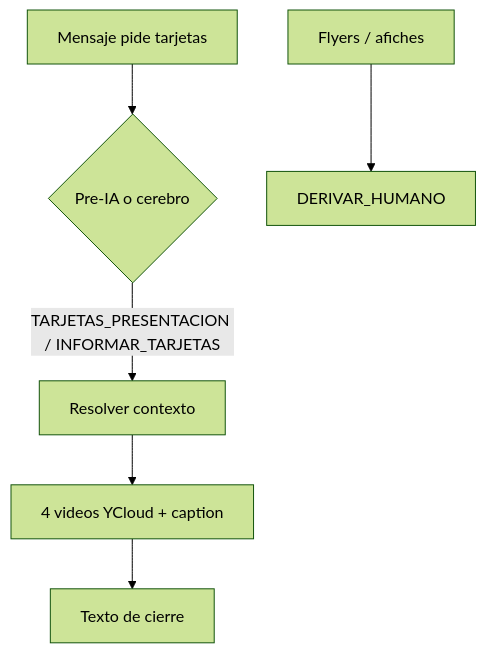
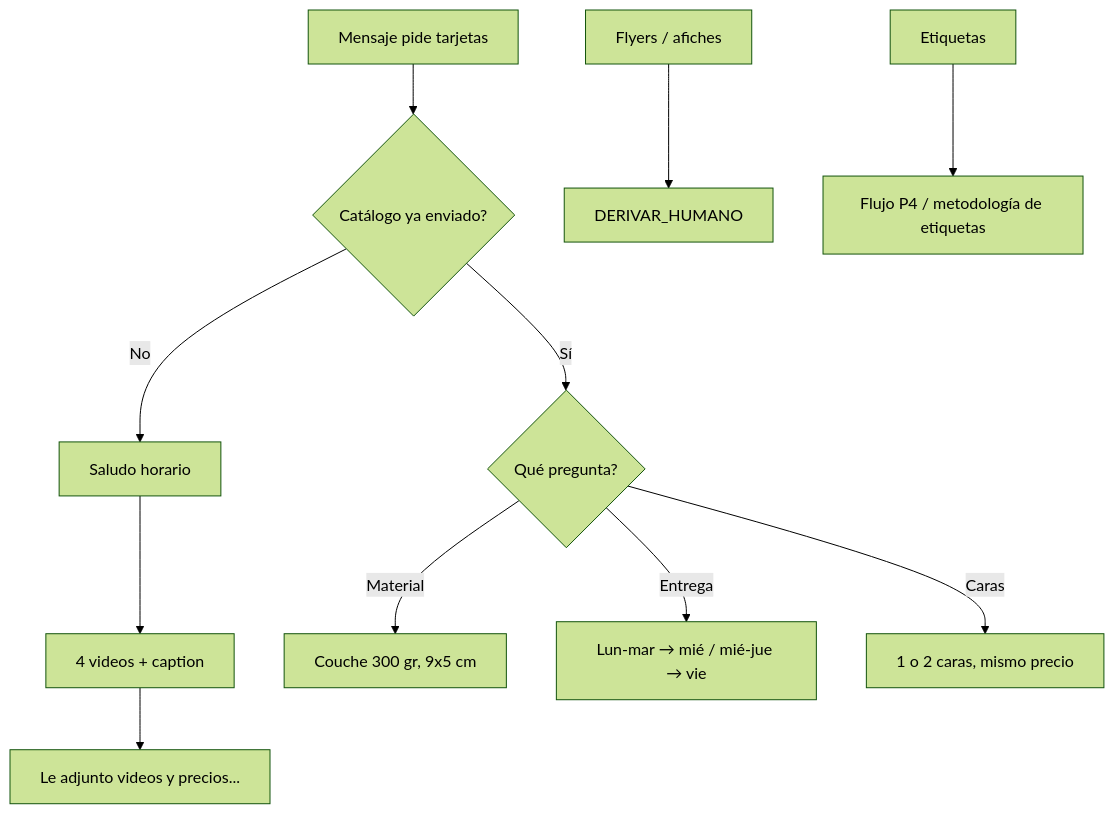
Before and after one commit to Theborycuas/pegaso-n8n: the diagram in docs/reportes/2026-10-19-tarjetas-presentacion.md, drawn with Mermaid (forest theme). The commit also changed other lines of this file and 17 other files, not shown here.

````diff
--- a/docs/reportes/2026-10-19-tarjetas-presentacion.md
+++ b/docs/reportes/2026-10-19-tarjetas-presentacion.md
@@ -25,8 +25,13 @@
 ```mermaid
 flowchart TD
-  A[Mensaje pide tarjetas] --> B{Pre-IA o cerebro}
-  B -->|TARJETAS_PRESENTACION / INFORMAR_TARJETAS| C[Resolver contexto]
-  C --> D[4 videos YCloud + caption]
-  D --> E[Texto de cierre]
-  F[Flyers / afiches] --> G[DERIVAR_HUMANO]
+  A[Mensaje pide tarjetas] --> B{Catálogo ya enviado?}
+  B -->|No| C[Saludo horario]
+  C --> D[4 videos + caption]
+  D --> E[Le adjunto videos y precios...]
+  B -->|Sí| F{Qué pregunta?}
+  F -->|Material| G[Couche 300 gr, 9x5 cm]
+  F -->|Entrega| H[Lun-mar → mié / mié-jue → vie]
+  F -->|Caras| I[1 o 2 caras, mismo precio]
+  J[Flyers / afiches] --> K[DERIVAR_HUMANO]
+  L[Etiquetas] --> M[Flujo P4 / metodología de etiquetas]
 ```
````
